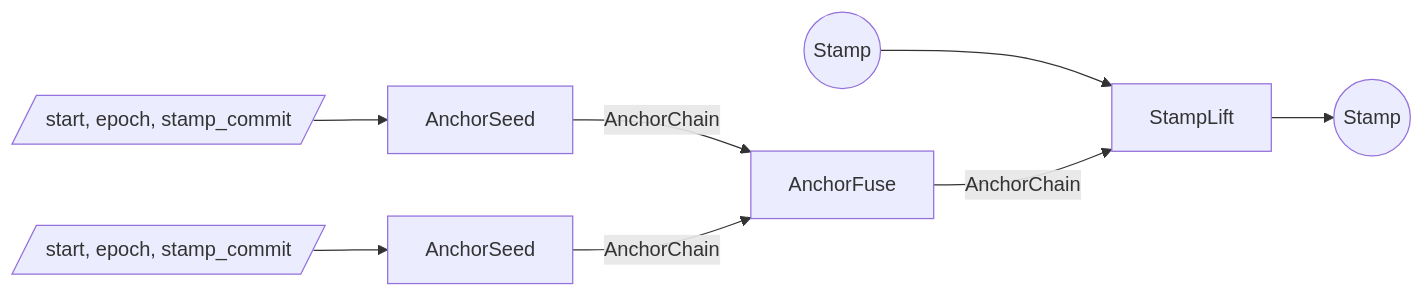
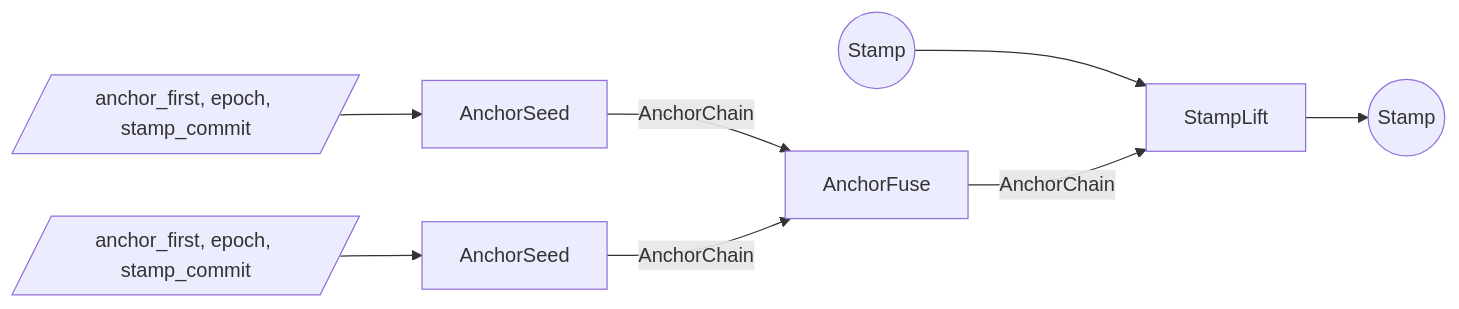
Before and after one commit to tachyon-zcash/tachyon: the second of 3 diagrams in book/src/proof-tree.md, drawn with Mermaid. The commit also changed other lines of this file and 18 other files, not shown here.

````diff
--- a/book/src/proof-tree.md
+++ b/book/src/proof-tree.md
@@ -376,19 +376,19 @@
 ```mermaid
 flowchart LR
   sh_in((Stamp))
-  w_seed[/start, epoch, stamp_commit/]
+  w_seed[/anchor_first, epoch, stamp_commit/]
   s_seed[AnchorSeed]
-  w_next[/start, epoch, stamp_commit/]
+  w_next[/anchor_first, epoch, stamp_commit/]
   s_next[AnchorSeed]
   s_fuse[AnchorFuse]
   s_lift[StampLift]
   sh_out((Stamp))
 
   w_seed --> s_seed
   w_next --> s_next
   s_seed -->|AnchorChain| s_fuse
   s_next -->|AnchorChain| s_fuse
   sh_in --> s_lift
   s_fuse -->|AnchorChain| s_lift
   s_lift --> sh_out
 ```
````
